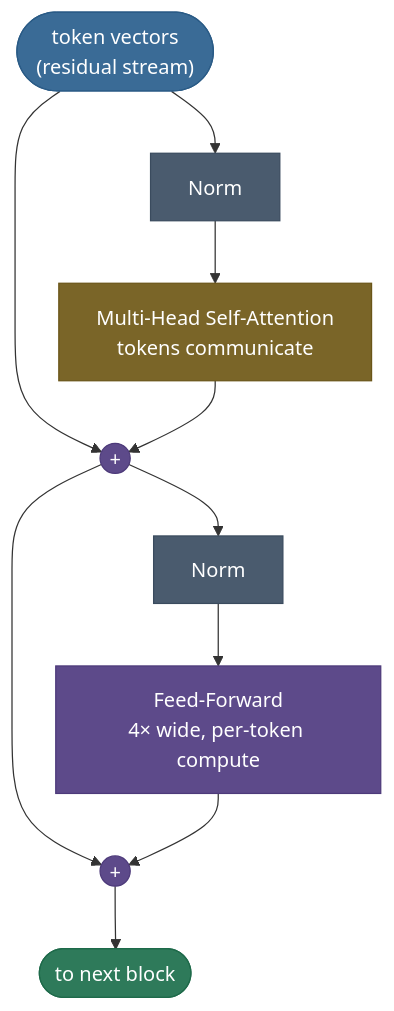
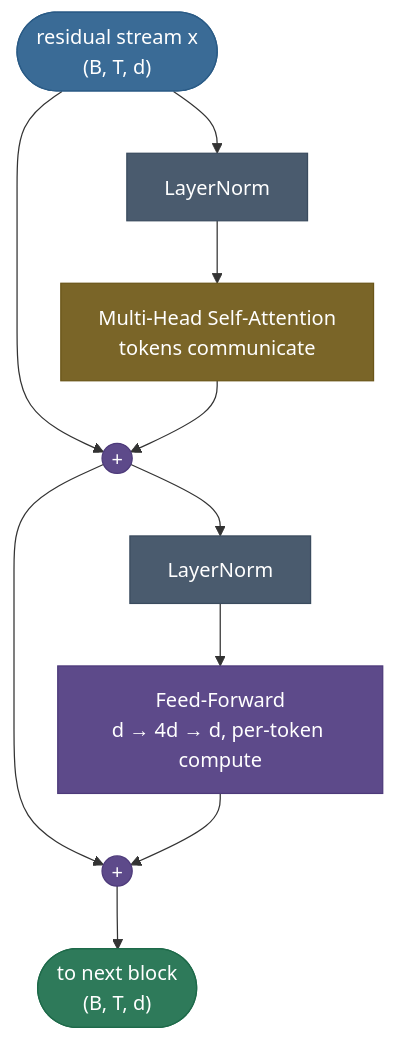
Before and after one commit to sudhir13s/AI-ML-learning-resources: the third of 9 diagrams in 05. Deep_Learning/concepts/16-Transformer-Architecture.md, drawn with Mermaid. The commit also changed other lines of this file and 3 other files, not shown here.

````diff
--- a/05. Deep_Learning/concepts/16-Transformer-Architecture.md
+++ b/05. Deep_Learning/concepts/16-Transformer-Architecture.md
@@ -82,18 +114,18 @@
 ```mermaid
 graph TD
-    IN(["token vectors<br/>(residual stream)"]):::data --> R1(("+")):::process
-    IN --> L1["Norm"]:::frozen
+    IN(["residual stream x<br/>(B, T, d)"]):::data --> L1["LayerNorm"]:::frozen
+    IN --> R1(("+")):::process
     L1 --> MHA["Multi-Head Self-Attention<br/>tokens communicate"]:::amber
     MHA --> R1
+    R1 --> L2["LayerNorm"]:::frozen
     R1 --> R2(("+")):::process
-    R1 --> L2["Norm"]:::frozen
-    L2 --> FFN["Feed-Forward<br/>4× wide, per-token compute"]:::process
+    L2 --> FFN["Feed-Forward<br/>d → 4d → d, per-token compute"]:::process
     FFN --> R2
-    R2 --> OUT(["to next block"]):::out
+    R2 --> OUT(["to next block<br/>(B, T, d)"]):::out
 
     classDef data fill:#3A6B96,stroke:#2A5B86,color:#fff
     classDef process fill:#5D4A8A,stroke:#4D3A7A,color:#fff
     classDef frozen fill:#4A5B6E,stroke:#3A4B5E,color:#fff
     classDef amber fill:#7A6528,stroke:#6A5518,color:#fff
     classDef out fill:#2E7A5A,stroke:#1E6A4A,color:#fff
 ```
````
